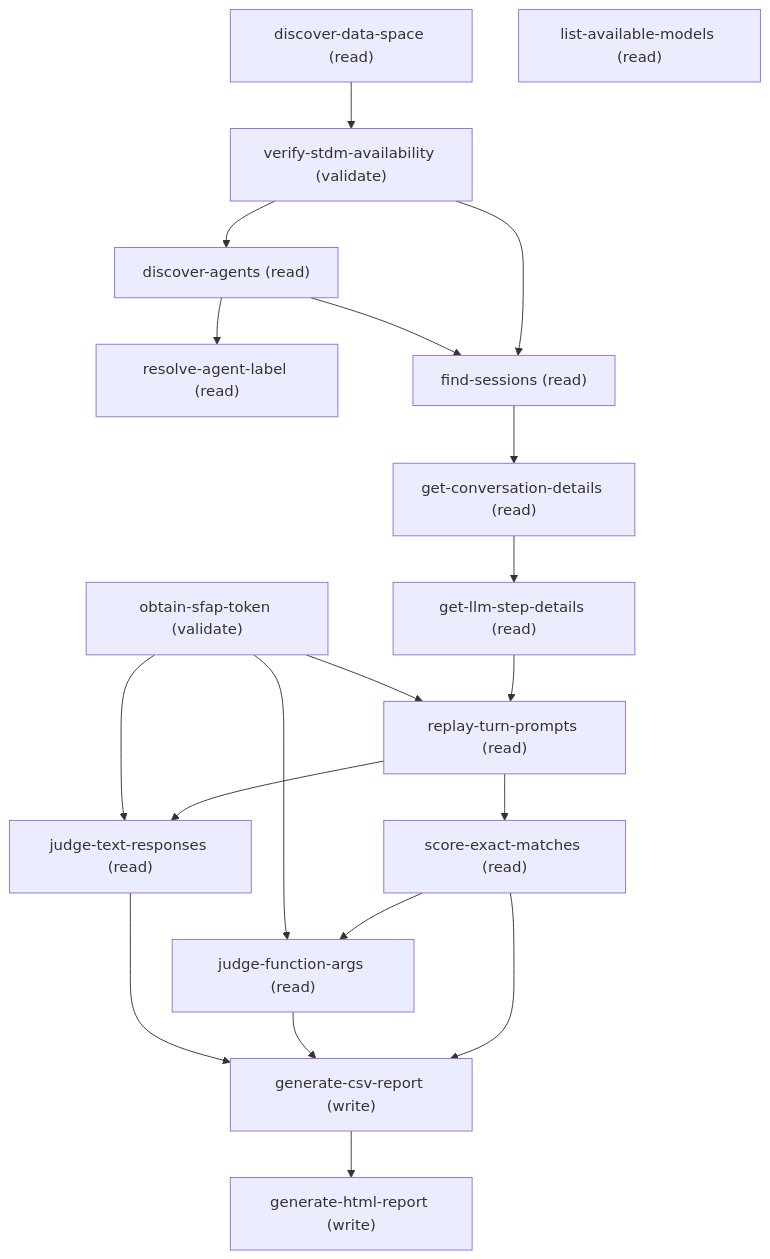
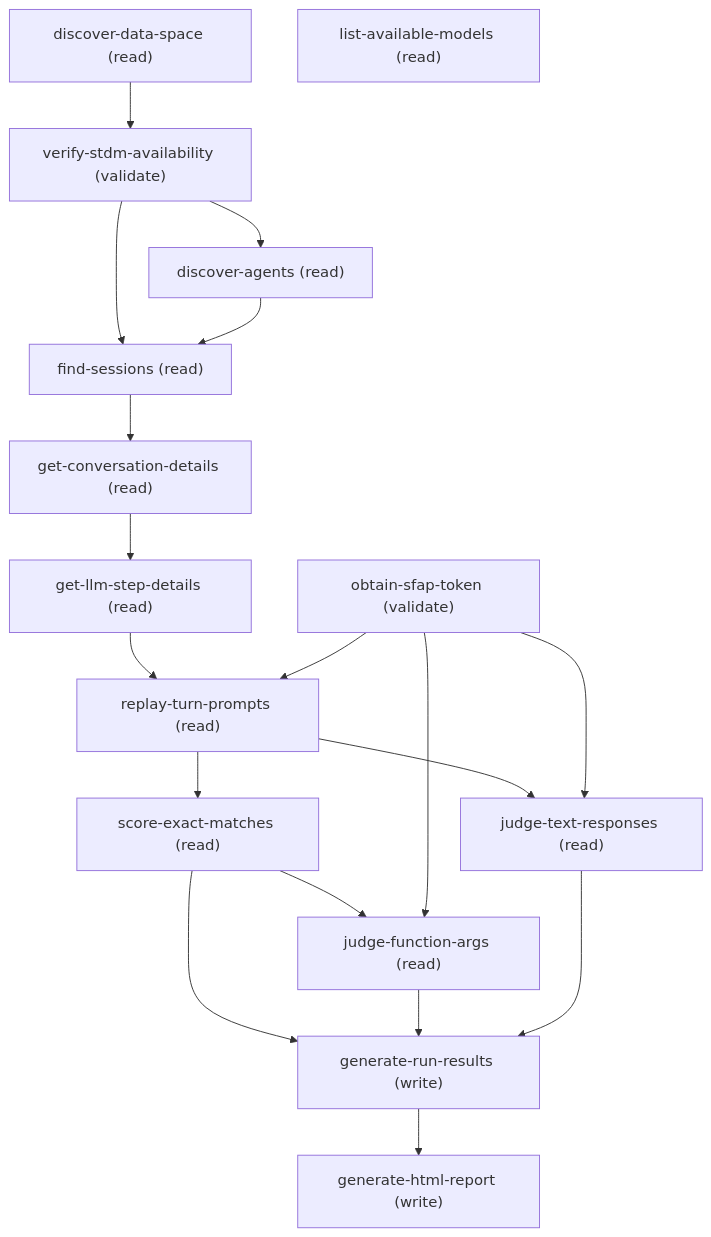
One commit to CloudzLab/sf-team-skills changed the diagram in plugins/sf-platform-extras/skills/agentforce-offline-experimentation-run/SKILL.md. Above: the diagram before and after it, drawn with Mermaid. The commit also changed other lines of this file and 254 other files, not shown here.

````diff
--- a/plugins/sf-platform-extras/skills/agentforce-offline-experimentation-run/SKILL.md
+++ b/plugins/sf-platform-extras/skills/agentforce-offline-experimentation-run/SKILL.md
@@ -71,36 +68,34 @@
 ```mermaid
 graph TD
   discover_data_space["discover-data-space (read)"]
   verify_stdm_availability["verify-stdm-availability (validate)"]
   discover_agents["discover-agents (read)"]
-  resolve_agent_label["resolve-agent-label (read)"]
   list_available_models["list-available-models (read)"]
   find_sessions["find-sessions (read)"]
   get_conversation_details["get-conversation-details (read)"]
   get_llm_step_details["get-llm-step-details (read)"]
   obtain_sfap_token["obtain-sfap-token (validate)"]
   replay_turn_prompts["replay-turn-prompts (read)"]
   score_exact_matches["score-exact-matches (read)"]
   judge_function_args["judge-function-args (read)"]
   judge_text_responses["judge-text-responses (read)"]
-  generate_csv_report["generate-csv-report (write)"]
+  generate_run_results["generate-run-results (write)"]
   generate_html_report["generate-html-report (write)"]
   discover_data_space --> verify_stdm_availability
   verify_stdm_availability --> discover_agents
-  discover_agents --> resolve_agent_label
   verify_stdm_availability --> find_sessions
   discover_agents --> find_sessions
   find_sessions --> get_conversation_details
   get_conversation_details --> get_llm_step_details
   get_llm_step_details --> replay_turn_prompts
   obtain_sfap_token --> replay_turn_prompts
   replay_turn_prompts --> score_exact_matches
   score_exact_matches --> judge_function_args
   obtain_sfap_token --> judge_function_args
   replay_turn_prompts --> judge_text_responses
   obtain_sfap_token --> judge_text_responses
-  score_exact_matches --> generate_csv_report
-  judge_function_args --> generate_csv_report
-  judge_text_responses --> generate_csv_report
-  generate_csv_report --> generate_html_report
+  score_exact_matches --> generate_run_results
+  judge_function_args --> generate_run_results
+  judge_text_responses --> generate_run_results
+  generate_run_results --> generate_html_report
 ```
````
